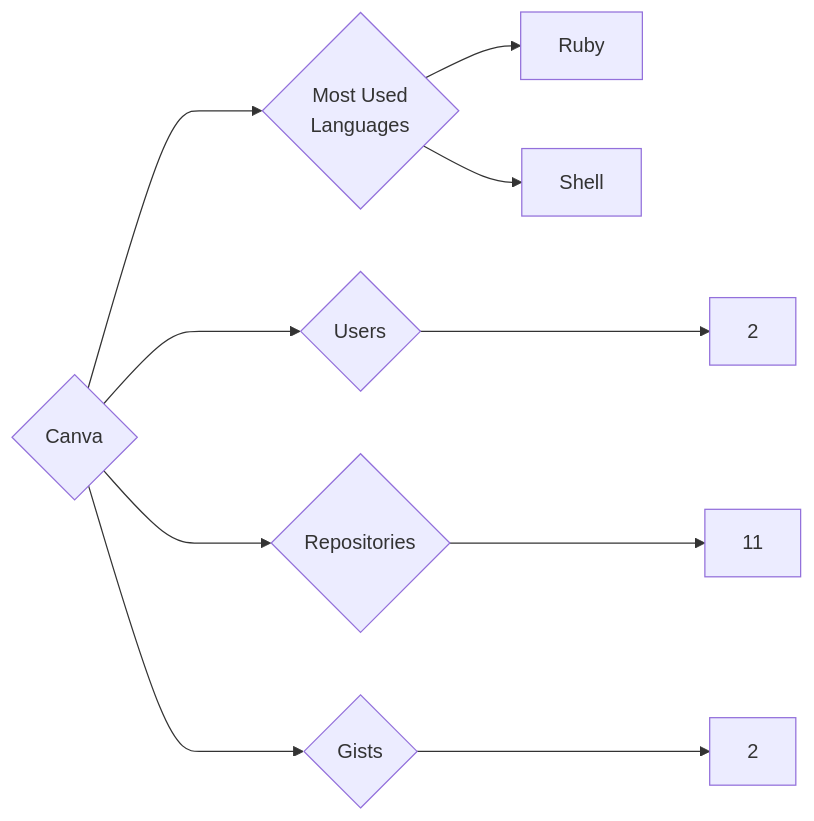
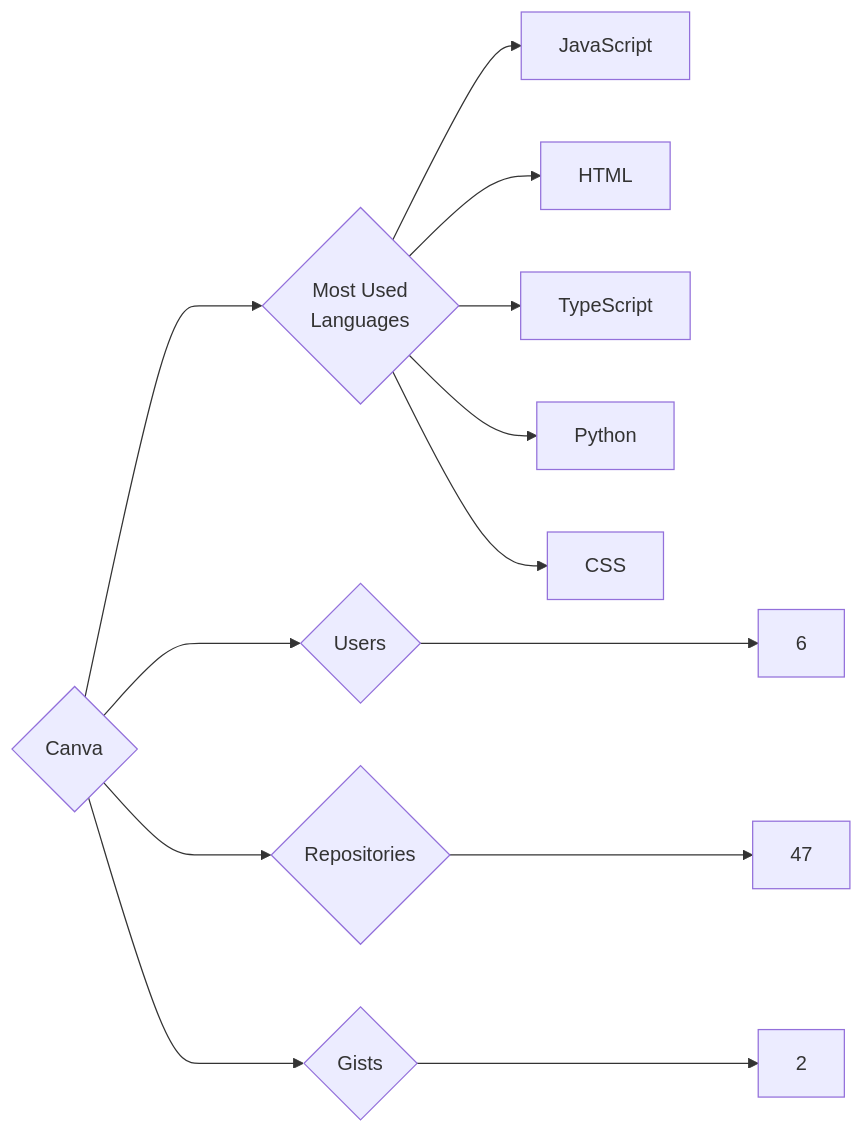
The diagram in targets/Canva/README.md (trickest/insiders), drawn with Mermaid before and after one commit. The commit also changed 912 other files, not shown here.

````diff
--- a/targets/Canva/README.md
+++ b/targets/Canva/README.md
@@ -3,10 +3,13 @@
 ```mermaid
 graph LR
 COMPANY_NAME{Canva}
-COMPANY_NAME ---> U{Users} ---> UN[2]
-COMPANY_NAME ---> R{Repositories} ---> RN[11]
+COMPANY_NAME ---> U{Users} ---> UN[6]
+COMPANY_NAME ---> R{Repositories} ---> RN[47]
 COMPANY_NAME ---> G{Gists} ---> GN[2]
 COMPANY_NAME ---> ML{Most Used<br>Languages}
-ML --> Ruby[Ruby]
-ML --> Shell[Shell]
+ML --> JavaScript[JavaScript]
+ML --> HTML[HTML]
+ML --> TypeScript[TypeScript]
+ML --> Python[Python]
+ML --> CSS[CSS]
 ```
````
